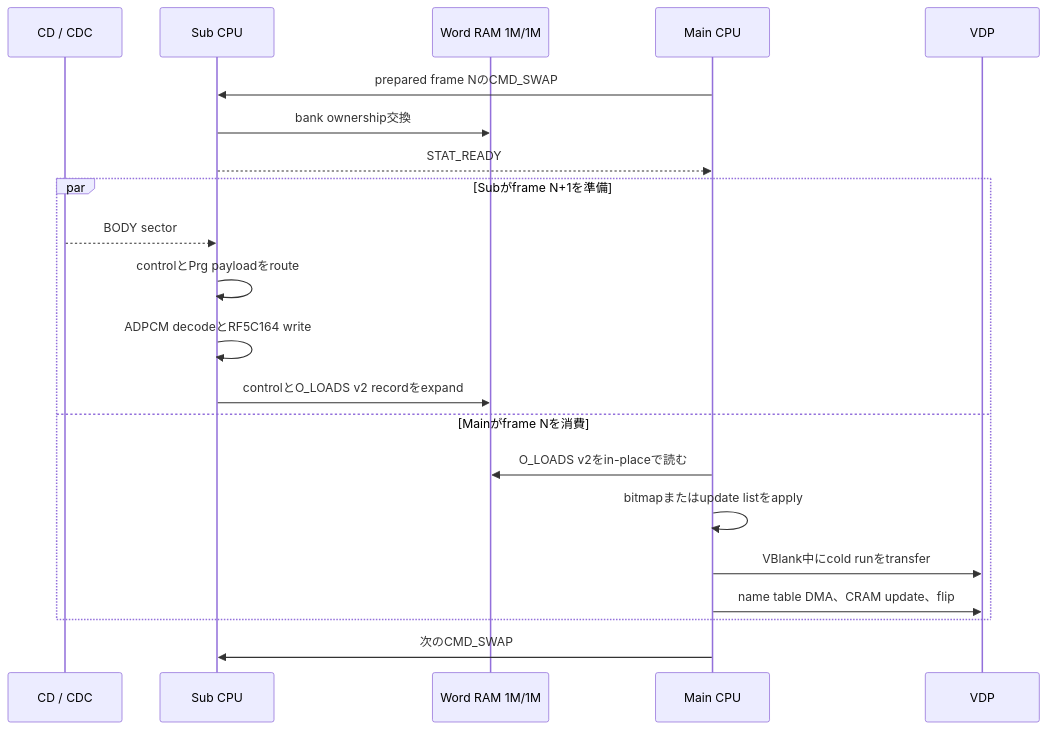
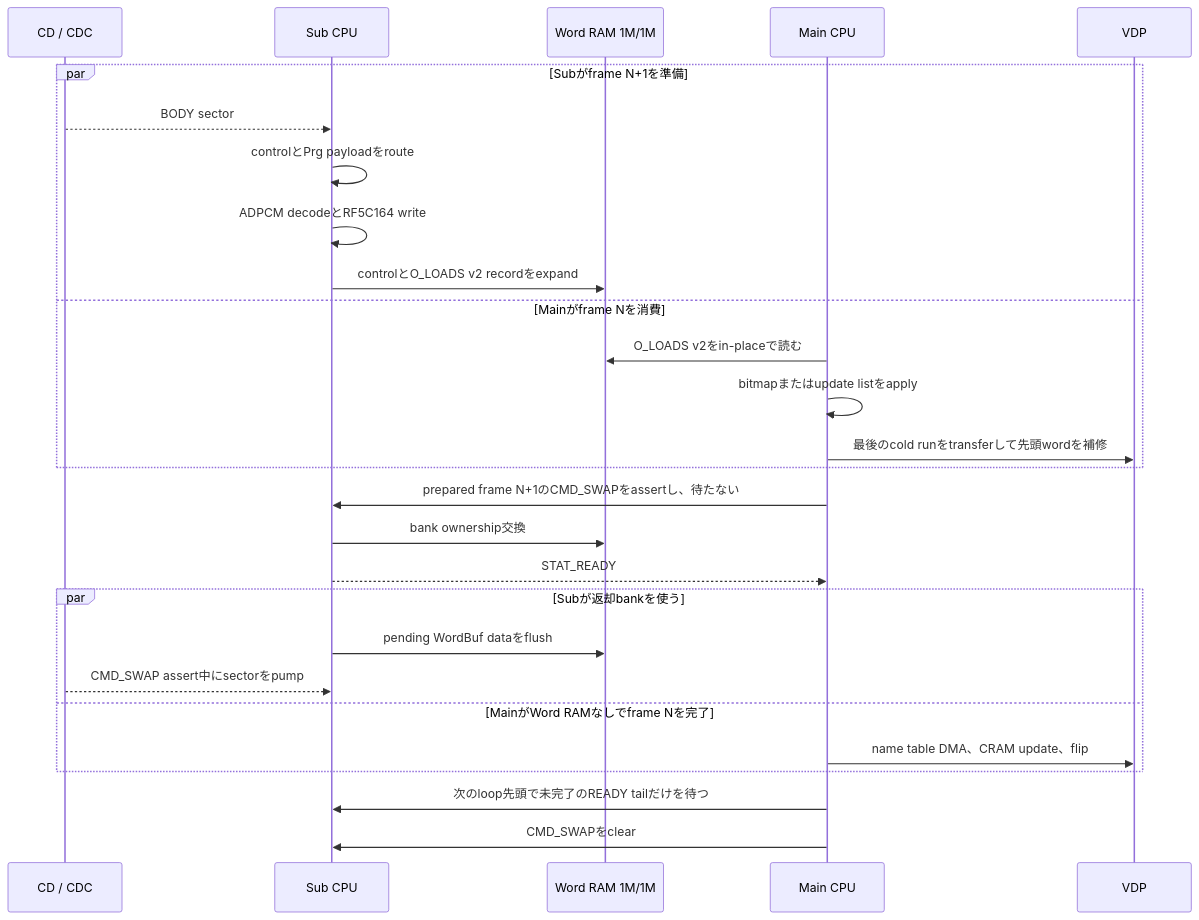
The fourth of 4 diagrams in PLAYER.md (akiyan/segacd-fmv-cavc), drawn with Mermaid before and after one commit. The commit also changed other lines of this file and 1 other file, not shown here.

````diff
--- a/PLAYER.md
+++ b/PLAYER.md
@@ -620,26 +639,33 @@
 ```mermaid
 sequenceDiagram
     participant CD as CD / CDC
     participant S as Sub CPU
     participant W as Word RAM 1M/1M
     participant M as Main CPU
     participant V as VDP
-
-    M->>S: prepared frame NのCMD_SWAP
-    S->>W: bank ownership交換
-    S-->>M: STAT_READY
 
     par Subがframe N+1を準備
         CD-->>S: BODY sector
         S->>S: controlとPrg payloadをroute
         S->>S: ADPCM decodeとRF5C164 write
         S->>W: controlとO_LOADS v2 recordをexpand
     and Mainがframe Nを消費
         M->>W: O_LOADS v2をin-placeで読む
         M->>M: bitmapまたはupdate listをapply
-        M->>V: VBlank中にcold runをtransfer
+        M->>V: 最後のcold runをtransferして先頭wordを補修
+    end
+
+    M->>S: prepared frame N+1のCMD_SWAPをassertし、待たない
+    S->>W: bank ownership交換
+    S-->>M: STAT_READY
+
+    par Subが返却bankを使う
+        S->>W: pending WordBuf dataをflush
+        CD-->>S: CMD_SWAP assert中にsectorをpump
+    and MainがWord RAMなしでframe Nを完了
         M->>V: name table DMA、CRAM update、flip
     end
 
-    M->>S: 次のCMD_SWAP
+    M->>S: 次のloop先頭で未完了のREADY tailだけを待つ
+    M->>S: CMD_SWAPをclear
 ```
````
